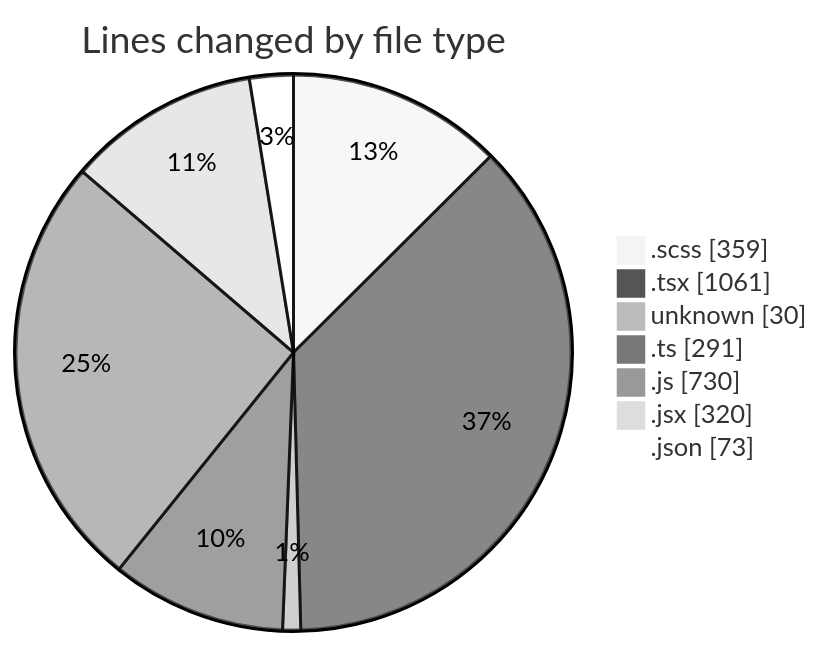
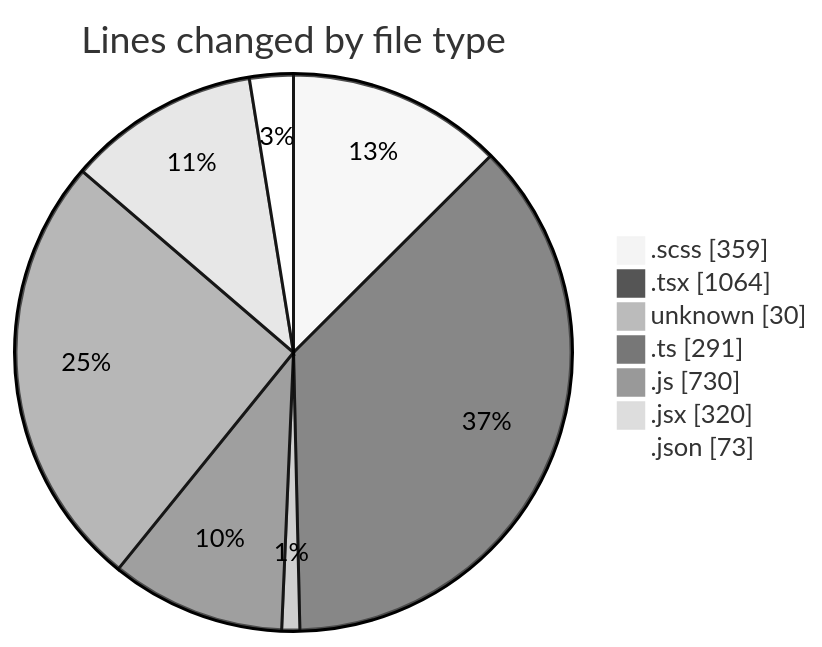
Before and after one commit to momahboobian/code-tracking: the first of 2 diagrams in 2025-03-05/cda/README.md, drawn with Mermaid (neutral theme). The commit also changed other lines of this file and 1 other file, not shown here.

````diff
--- a/2025-03-05/cda/README.md
+++ b/2025-03-05/cda/README.md
@@ -45,11 +45,11 @@
 ```mermaid
 pie showData
 title Lines changed by file type
 ".scss" : 359
-".tsx" : 1061
+".tsx" : 1064
 "unknown" : 30
 ".ts" : 291
 ".js" : 730
 ".jsx" : 320
 ".json" : 73
 ```
````
